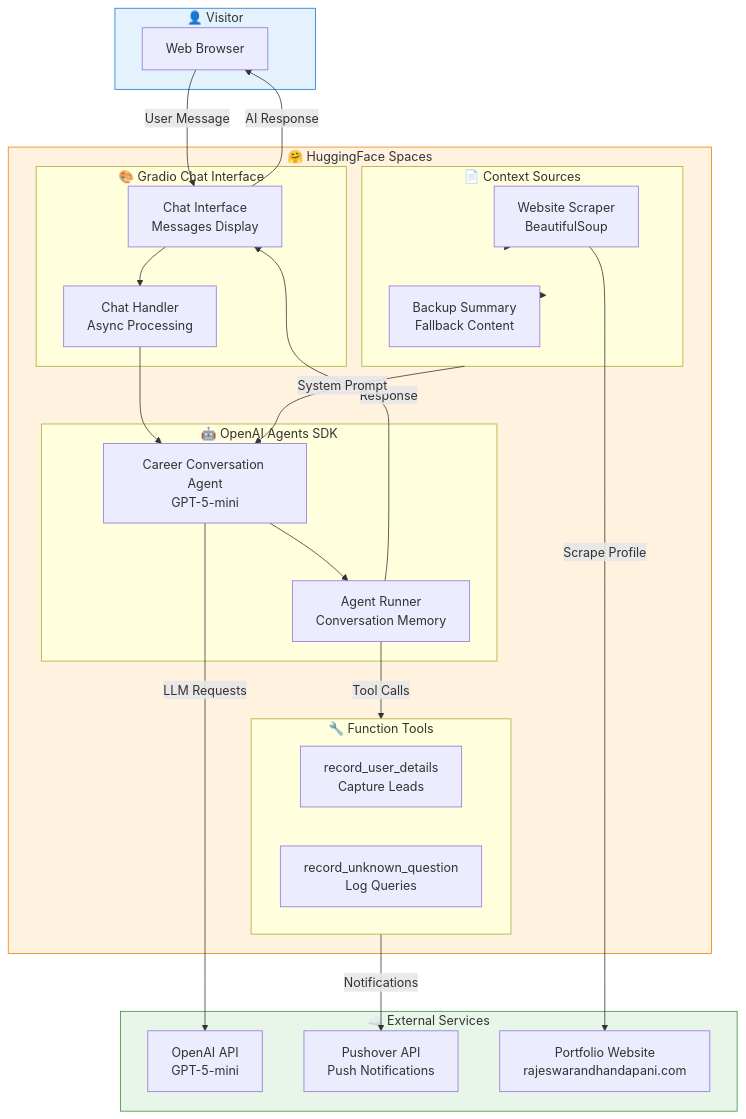
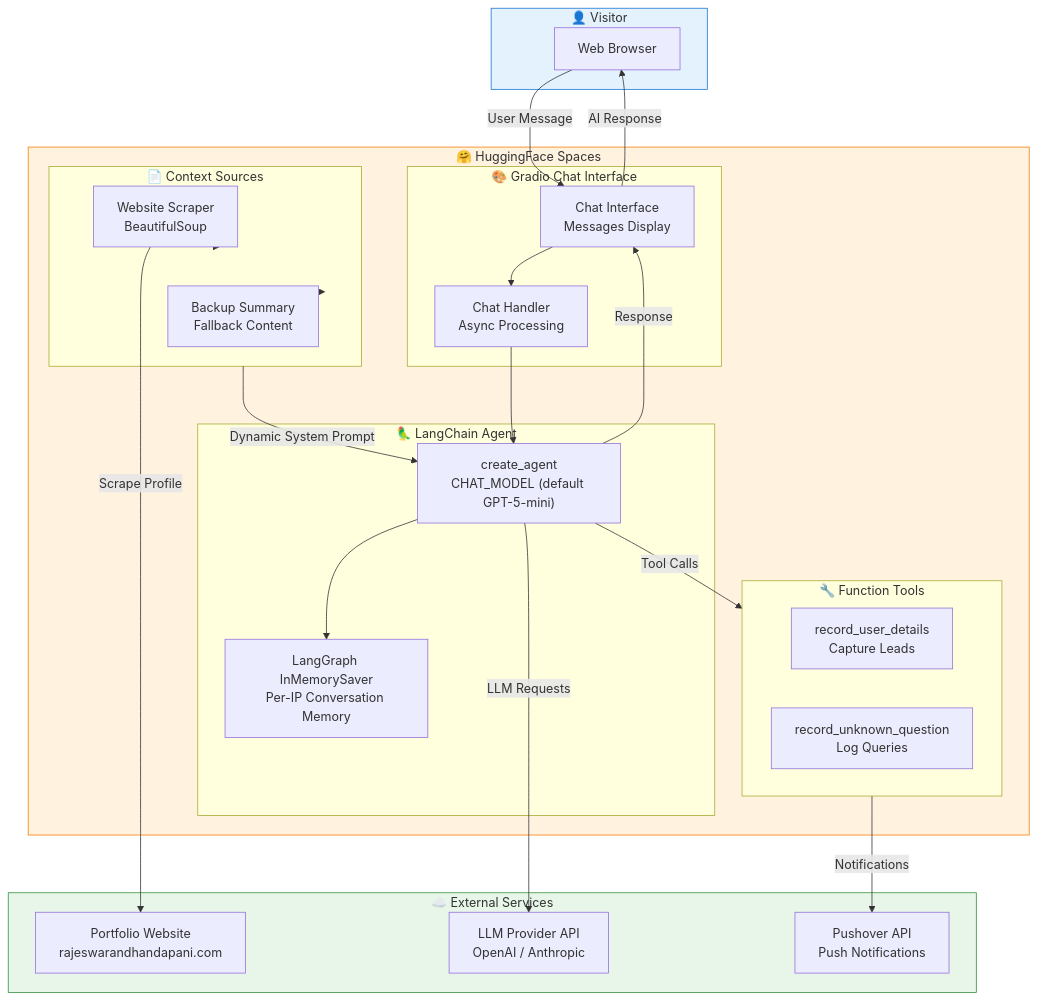
One commit to rajeswarandhandapani/career-conversation-AI-agent-chatbot changed the diagram in README.md. Above: the diagram before and after it, drawn with Mermaid. The commit also changed other lines of this file and 7 other files, not shown here.

````diff
--- a/README.md
+++ b/README.md
@@ -18,52 +19,52 @@
 ```mermaid
 flowchart TB
     subgraph User["👤 Visitor"]
         Browser["Web Browser"]
     end
 
     subgraph HuggingFace["🤗 HuggingFace Spaces"]
         subgraph GradioApp["🎨 Gradio Chat Interface"]
             ChatUI["Chat Interface<br/>Messages Display"]
             ChatHandler["Chat Handler<br/>Async Processing"]
         end
         
-        subgraph Agent["🤖 OpenAI Agents SDK"]
-            CareerAgent["Career Conversation Agent<br/>GPT-5-mini"]
-            Runner["Agent Runner<br/>Conversation Memory"]
+        subgraph Agent["🦜 LangChain Agent"]
+            CareerAgent["create_agent<br/>CHAT_MODEL (default GPT-5-mini)"]
+            Checkpointer["LangGraph InMemorySaver<br/>Per-IP Conversation Memory"]
         end
         
         subgraph Tools["🔧 Function Tools"]
             RecordUser["record_user_details<br/>Capture Leads"]
             RecordQuestion["record_unknown_question<br/>Log Queries"]
         end
         
         subgraph Context["📄 Context Sources"]
             WebScraper["Website Scraper<br/>BeautifulSoup"]
             BackupFile["Backup Summary<br/>Fallback Content"]
         end
     end
 
     subgraph External["☁️ External Services"]
-        OpenAI["OpenAI API<br/>GPT-5-mini"]
+        LLM["LLM Provider API<br/>OpenAI / Anthropic"]
         Pushover["Pushover API<br/>Push Notifications"]
         Portfolio["Portfolio Website<br/>rajeswarandhandapani.com"]
     end
 
     Browser -->|"User Message"| ChatUI
     ChatUI --> ChatHandler
     ChatHandler --> CareerAgent
-    CareerAgent --> Runner
-    Runner -->|"Tool Calls"| Tools
+    CareerAgent --> Checkpointer
+    CareerAgent -->|"Tool Calls"| Tools
     Tools -->|"Notifications"| Pushover
-    CareerAgent -->|"LLM Requests"| OpenAI
+    CareerAgent -->|"LLM Requests"| LLM
     WebScraper -->|"Scrape Profile"| Portfolio
     WebScraper --> Context
     BackupFile --> Context
-    Context -->|"System Prompt"| CareerAgent
-    Runner -->|"Response"| ChatUI
+    Context -->|"Dynamic System Prompt"| CareerAgent
+    CareerAgent -->|"Response"| ChatUI
     ChatUI -->|"AI Response"| Browser
 
     style User fill:#e3f2fd,stroke:#1976d2
     style HuggingFace fill:#fff3e0,stroke:#f57c00
     style External fill:#e8f5e9,stroke:#388e3c
 ```
````
